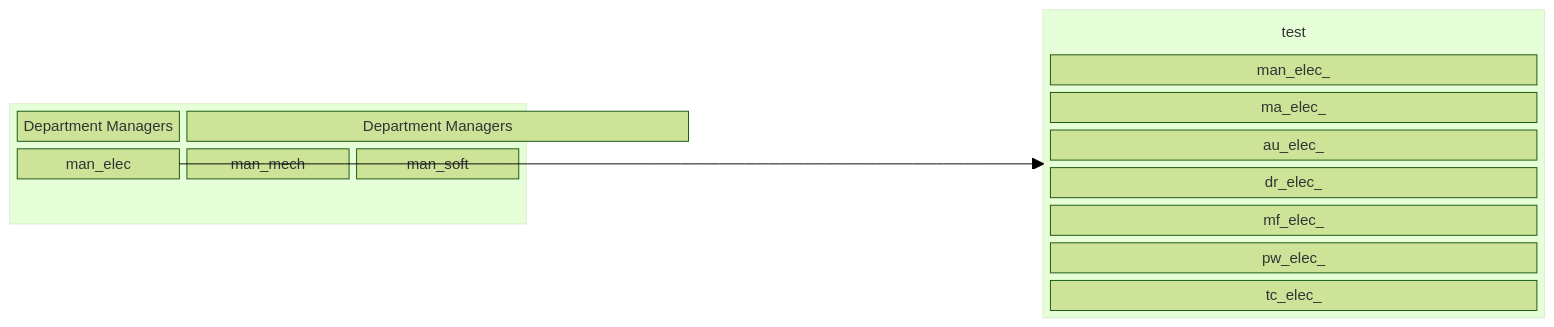
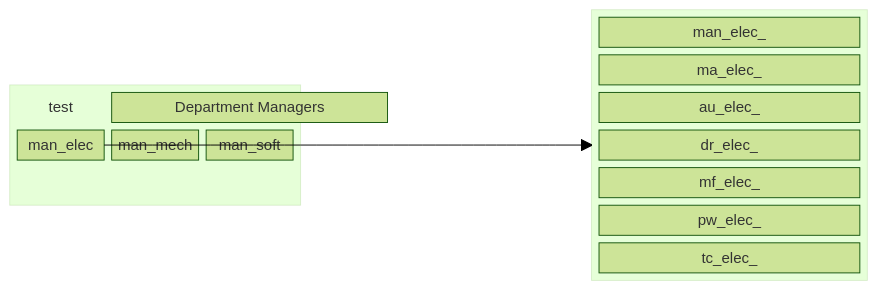
One commit to FooGiGo-Org/.github changed the diagram in README.md. Above: the diagram before and after it, drawn with Mermaid (forest theme).

Commit message:
Fix syntax error in README.md

````diff
--- a/README.md
+++ b/README.md
@@ -1,28 +1,28 @@
 ```mermaid
 ---
 title: SCRB Matrix Organization
 ---
 block
     columns 3
     block:test
         columns 3
-        utc("Department Managers"]
+        uct("Department Managers")
         man["Department Managers"]:3
         man_elec man_mech man_soft
     end
     space
     block:meme
         columns 1
         uct("test")
         man_elec_
         ma_elec_
         au_elec_
         dr_elec_
         mf_elec_
         pw_elec_
         tc_elec_
     end
     man_elec --> meme
 class uct BT
 classDef BT stroke:transparent,fill:transparent
 ```
````
